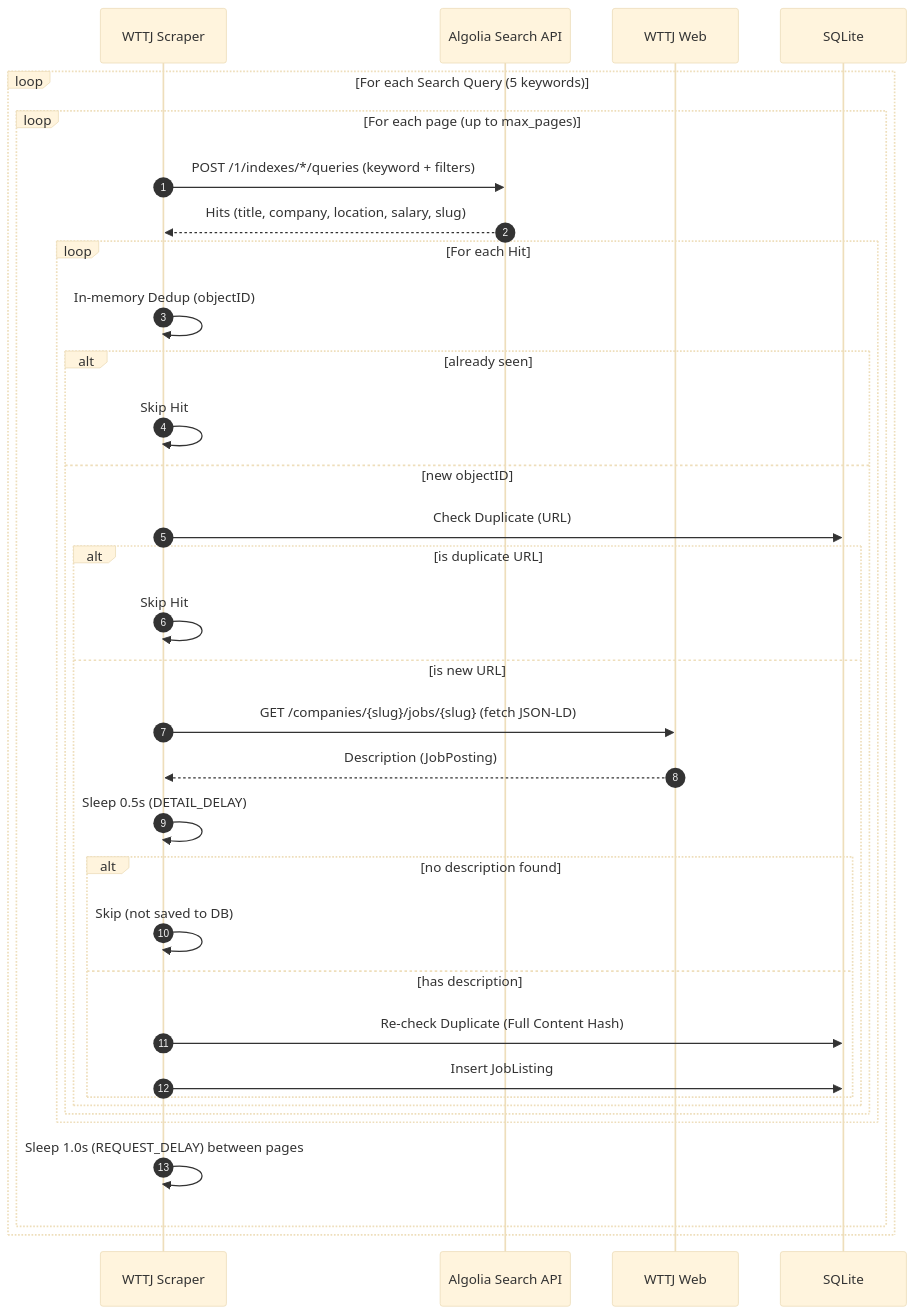
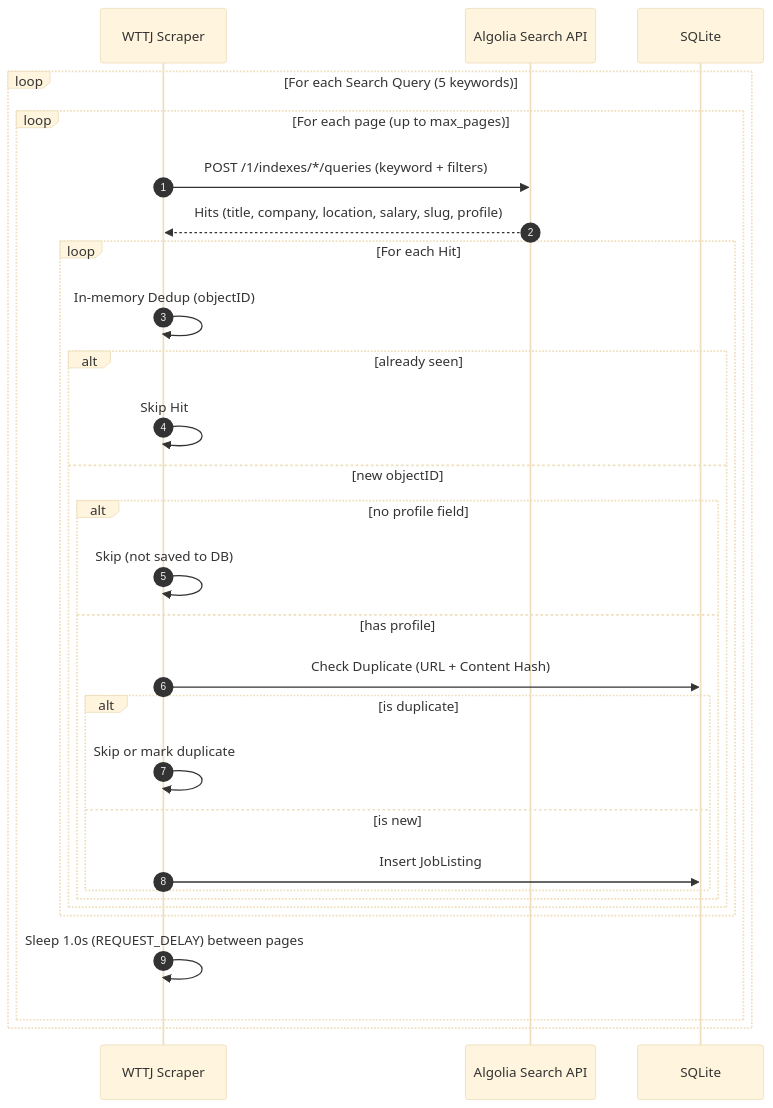
Before and after one commit to Havac25/career-scout-ai: the fourth of 5 diagrams in docs/architecture.md, drawn with Mermaid (base theme). The commit also changed other lines of this file and 2 other files, not shown here.

Commit message:
feat: simplifying WTTJ scraper (offer descriptions from Algolia API

````diff
--- a/docs/architecture.md
+++ b/docs/architecture.md
@@ -339,37 +339,32 @@
 ```mermaid
 sequenceDiagram
     autonumber
     participant SC as WTTJ Scraper
     participant ALG as Algolia Search API
-    participant WEB as WTTJ Web
     participant DB as SQLite
 
     loop For each Search Query (5 keywords)
         loop For each page (up to max_pages)
             SC->>ALG: POST /1/indexes/*/queries (keyword + filters)
-            ALG-->>SC: Hits (title, company, location, salary, slug)
+            ALG-->>SC: Hits (title, company, location, salary, slug, profile)
             loop For each Hit
                 SC->>SC: In-memory Dedup (objectID)
                 alt already seen
                     SC->>SC: Skip Hit
                 else new objectID
-                    SC->>DB: Check Duplicate (URL)
-                    alt is duplicate URL
-                        SC->>SC: Skip Hit
-                    else is new URL
-                        SC->>WEB: GET /companies/{slug}/jobs/{slug} (fetch JSON-LD)
-                        WEB-->>SC: Description (JobPosting)
-                        SC->>SC: Sleep 0.5s (DETAIL_DELAY)
-                        alt no description found
-                            SC->>SC: Skip (not saved to DB)
-                        else has description
-                            SC->>DB: Re-check Duplicate (Full Content Hash)
+                    alt no profile field
+                        SC->>SC: Skip (not saved to DB)
+                    else has profile
+                        SC->>DB: Check Duplicate (URL + Content Hash)
+                        alt is duplicate
+                            SC->>SC: Skip or mark duplicate
+                        else is new
                             SC->>DB: Insert JobListing
                         end
                     end
                 end
             end
             SC->>SC: Sleep 1.0s (REQUEST_DELAY) between pages
         end
     end
 ```
````
